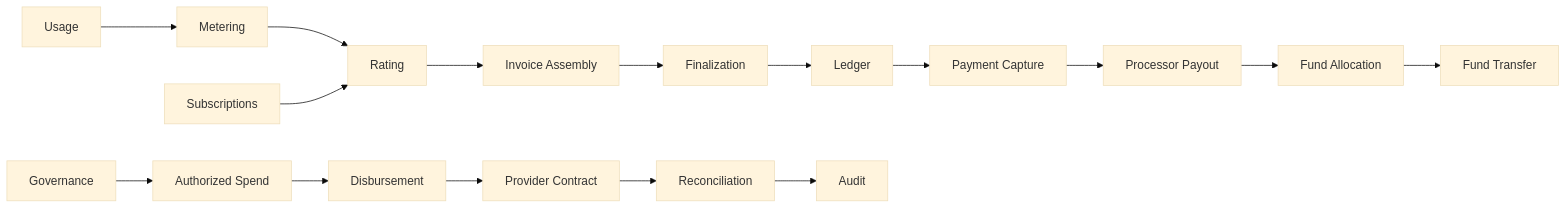
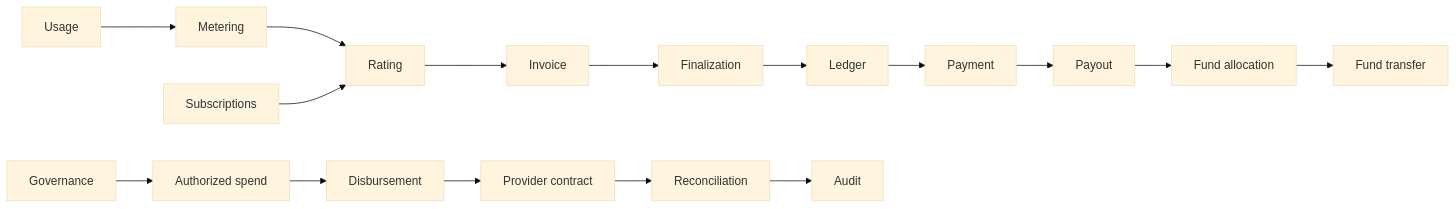
Before and after one commit to TheHalfMoon/CommunityFinance-CoFi: the diagram in README.md, drawn with Mermaid (base theme). The commit also changed other lines of this file and 1 other file, not shown here.

````diff
--- a/README.md
+++ b/README.md
@@ -32,19 +61,19 @@
 ```mermaid
 flowchart LR
     U[Usage] --> M[Metering]
     M --> R[Rating]
     S[Subscriptions] --> R
-    R --> I[Invoice Assembly]
+    R --> I[Invoice]
     I --> F[Finalization]
     F --> L[Ledger]
-    L --> P[Payment Capture]
-    P --> PO[Processor Payout]
-    PO --> A[Fund Allocation]
-    A --> T[Fund Transfer]
+    L --> P[Payment]
+    P --> PO[Payout]
+    PO --> A[Fund allocation]
+    A --> T[Fund transfer]
 
-    G[Governance] --> SP[Authorized Spend]
+    G[Governance] --> SP[Authorized spend]
     SP --> D[Disbursement]
-    D --> PC[Provider Contract]
+    D --> PC[Provider contract]
     PC --> RC[Reconciliation]
     RC --> AU[Audit]
 ```
````
